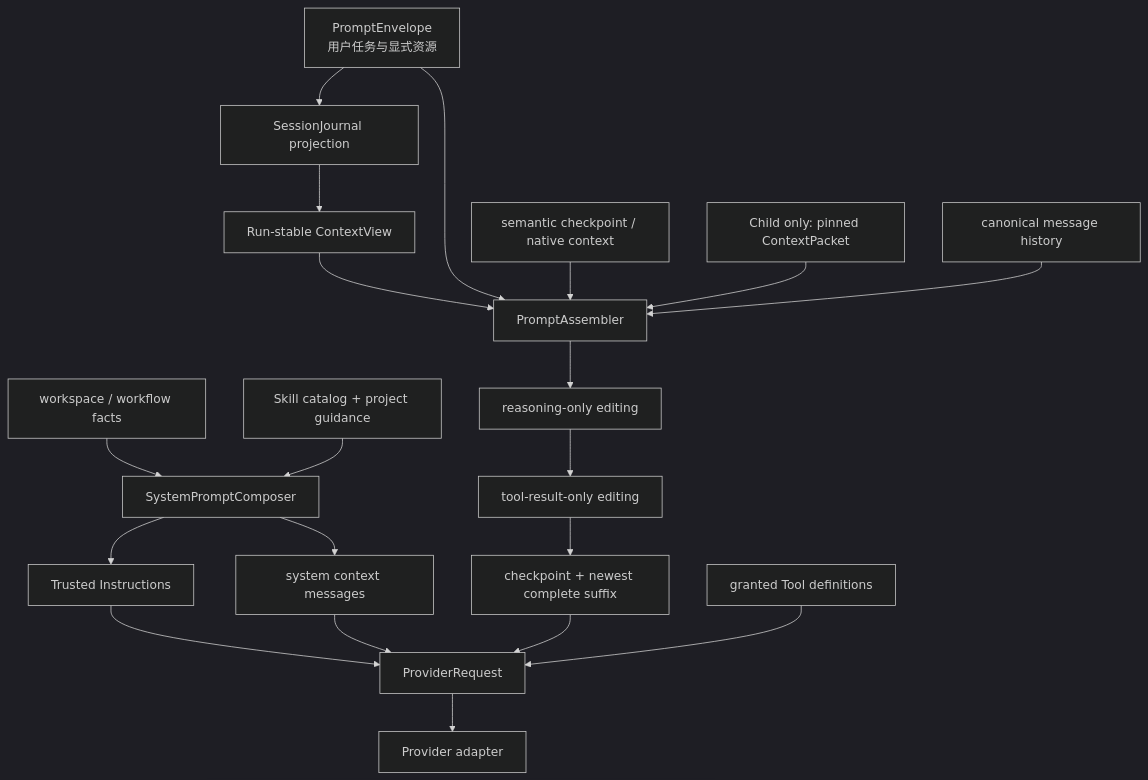
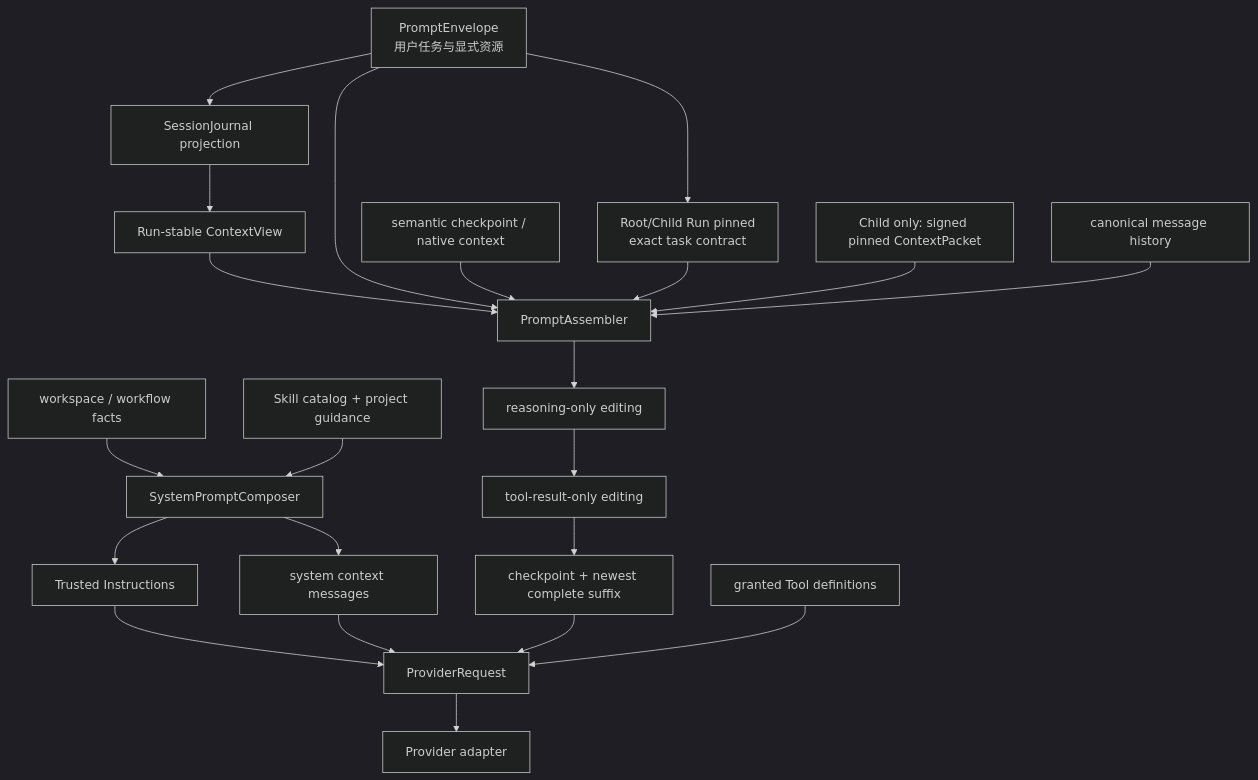
The diagram in docs/prompt-assembly.md (zr314/praxis-architecture-showcase), drawn with Mermaid (dark theme) before and after one commit. The commit also changed other lines of this file and 111 other files, not shown here.

````diff
--- a/docs/prompt-assembly.md
+++ b/docs/prompt-assembly.md
@@ -15,22 +15,24 @@
 ```mermaid
 flowchart TD
     E["PromptEnvelope\n用户任务与显式资源"] --> J["SessionJournal projection"]
+    E --> TC["Root/Child Run pinned\nexact task contract"]
     J --> V["Run-stable ContextView"]
     W["workspace / workflow facts"] --> S["SystemPromptComposer"]
     K["Skill catalog + project guidance"] --> S
     S --> I["Trusted Instructions"]
     S --> SC["system context messages"]
     V --> A["PromptAssembler"]
     E --> A
     CP["semantic checkpoint / native context"] --> A
-    PK["Child only: pinned ContextPacket"] --> A
+    TC --> A
+    PK["Child only: signed pinned ContextPacket"] --> A
     H["canonical message history"] --> A
     A --> RE["reasoning-only editing"]
     RE --> TE["tool-result-only editing"]
     TE --> CW["checkpoint + newest complete suffix"]
     I --> PR["ProviderRequest"]
     SC --> PR
     CW --> PR
     TD["granted Tool definitions"] --> PR
     PR --> P["Provider adapter"]
 ```
````
